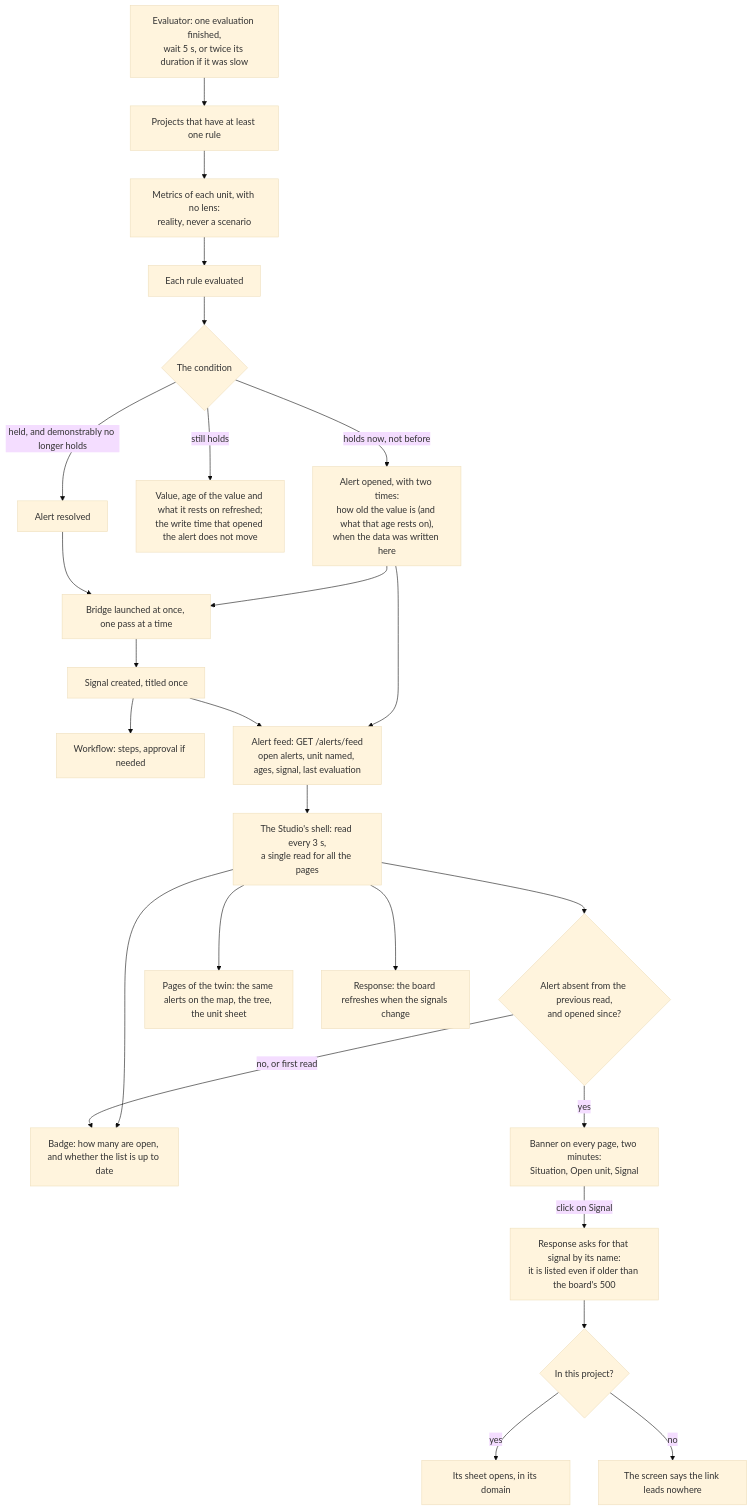
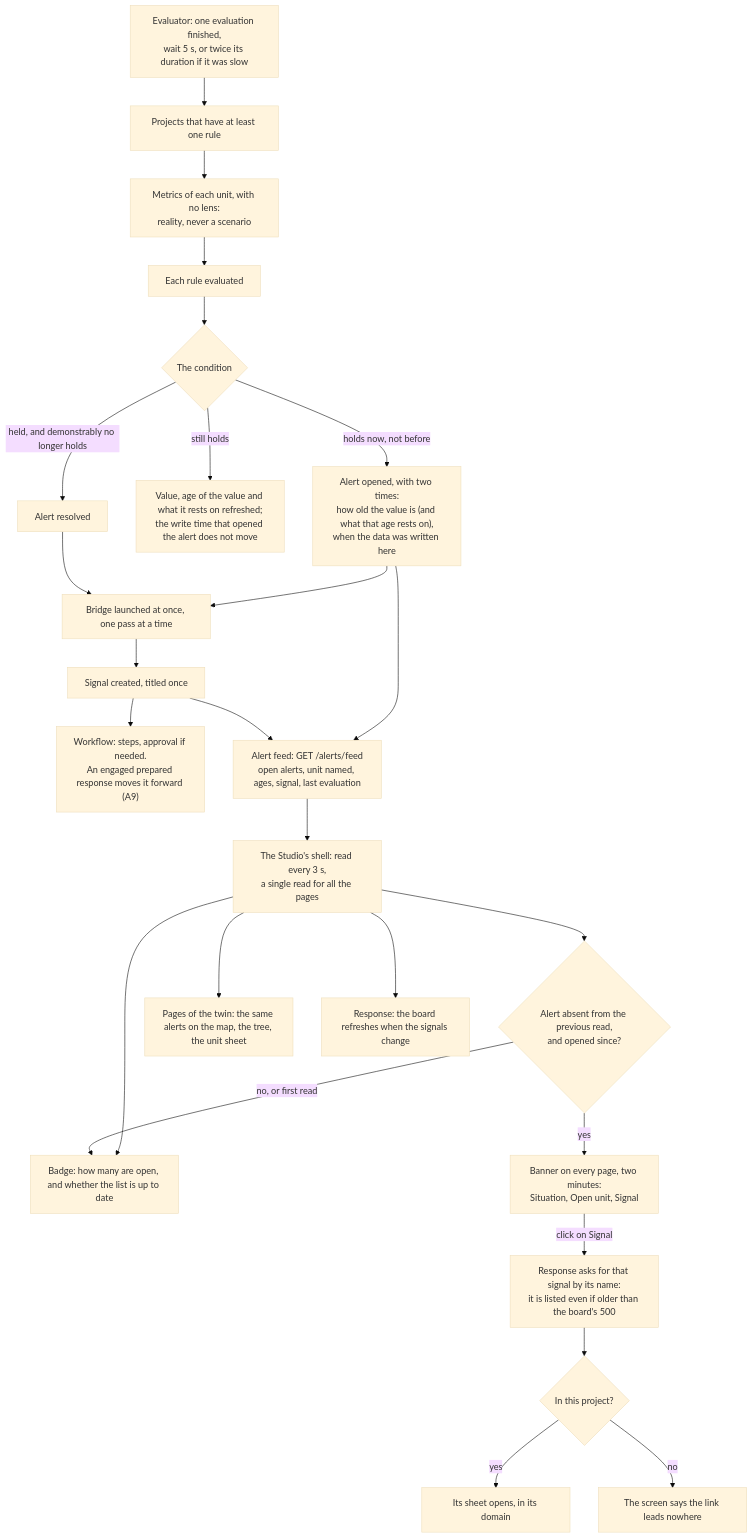
Before and after one commit to V1ktor7/obscyro: diagram 28 of 32 in frontend/content/docs/product/algorithms.md, drawn with Mermaid (base theme). The commit also changed other lines of this file and 31 other files, not shown here.

````diff
--- a/frontend/content/docs/product/algorithms.md
+++ b/frontend/content/docs/product/algorithms.md
@@ -810,27 +841,27 @@
 ```mermaid
 flowchart TD
     A["Evaluator: one evaluation finished,<br/>wait 5 s, or twice its duration if it was slow"] --> B["Projects that have at least one rule"]
     B --> C["Metrics of each unit, with no lens:<br/>reality, never a scenario"]
     C --> D["Each rule evaluated"]
     D --> E{"The condition"}
     E -->|"holds now, not before"| F["Alert opened, with two times:<br/>how old the value is (and what that age rests on),<br/>when the data was written here"]
     E -->|"still holds"| F2["Value, age of the value and what it rests on refreshed;<br/>the write time that opened the alert does not move"]
     E -->|"held, and demonstrably no longer holds"| G["Alert resolved"]
     F --> H["Bridge launched at once, one pass at a time"]
     G --> H
     H --> I["Signal created, titled once"]
-    I --> J["Workflow: steps, approval if needed"]
+    I --> J["Workflow: steps, approval if needed.<br/>An engaged prepared response moves it forward (A9)"]
     F --> K["Alert feed: GET /alerts/feed<br/>open alerts, unit named, ages, signal, last evaluation"]
     I --> K
     K --> L["The Studio's shell: read every 3 s,<br/>a single read for all the pages"]
     L --> M["Badge: how many are open, and whether the list is up to date"]
     L --> N{"Alert absent from the previous read,<br/>and opened since?"}
     N -->|"yes"| O["Banner on every page, two minutes:<br/>Situation, Open unit, Signal"]
     N -->|"no, or first read"| M
     L --> P["Pages of the twin: the same alerts on the map, the tree, the unit sheet"]
     L --> Q["Response: the board refreshes when the signals change"]
     O -->|"click on Signal"| R["Response asks for that signal by its name:<br/>it is listed even if older than the board's 500"]
     R --> S{"In this project?"}
     S -->|"yes"| T["Its sheet opens, in its domain"]
     S -->|"no"| U["The screen says the link leads nowhere"]
 ```
````
